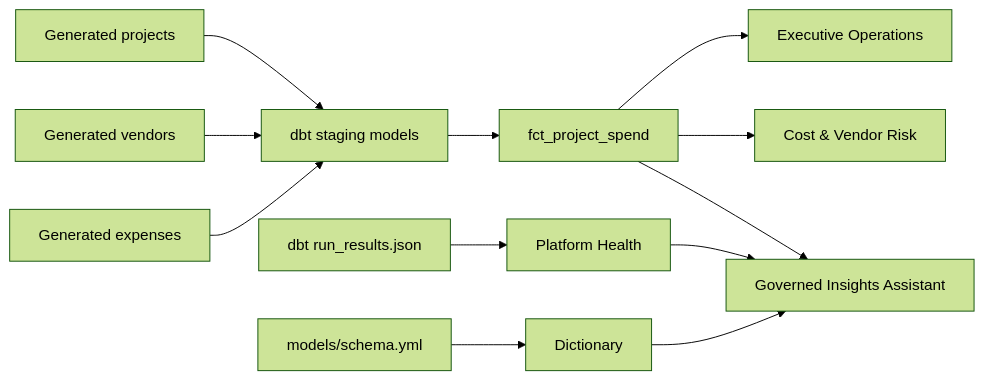
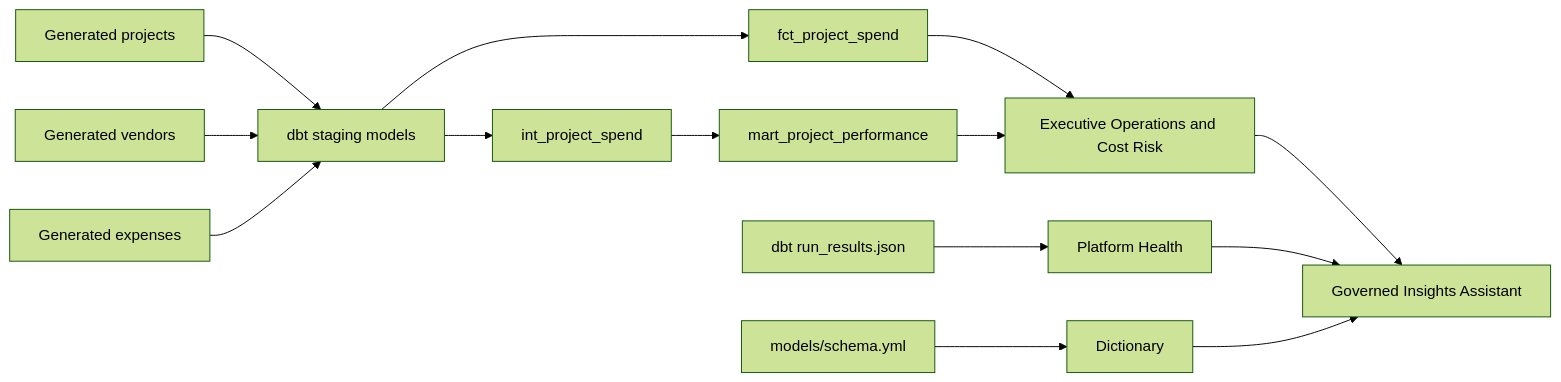
The second of 3 diagrams in docs/CASE_STUDY.md (ravi-rajpurohit-gh/places-ops), drawn with Mermaid (forest theme) before and after one commit. The commit also changed other lines of this file and 29 other files, not shown here.

````diff
--- a/docs/CASE_STUDY.md
+++ b/docs/CASE_STUDY.md
@@ -69,14 +69,16 @@
 ```mermaid
 flowchart LR
     A["Generated projects"] --> D["dbt staging models"]
     B["Generated vendors"] --> D
     C["Generated expenses"] --> D
-    D --> E["fct_project_spend"]
-    E --> F["Executive Operations"]
-    E --> G["Cost & Vendor Risk"]
-    H["dbt run_results.json"] --> I["Platform Health"]
-    J["models/schema.yml"] --> K["Dictionary"]
-    E --> L["Governed Insights Assistant"]
-    I --> L
-    K --> L
+    D --> E["int_project_spend"]
+    D --> F["fct_project_spend"]
+    E --> G["mart_project_performance"]
+    F --> H["Executive Operations and Cost Risk"]
+    G --> H
+    I["dbt run_results.json"] --> J["Platform Health"]
+    K["models/schema.yml"] --> L["Dictionary"]
+    H --> M["Governed Insights Assistant"]
+    J --> M
+    L --> M
 ```
````
